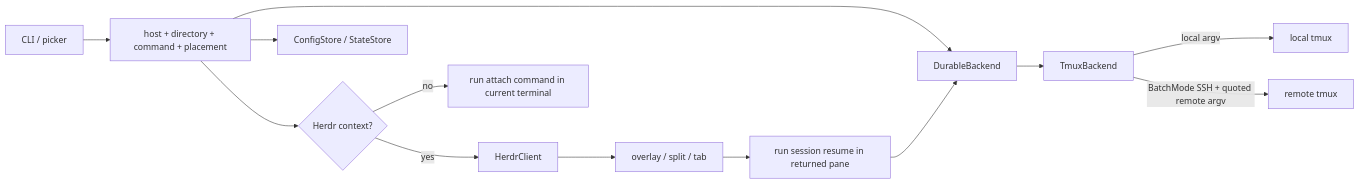
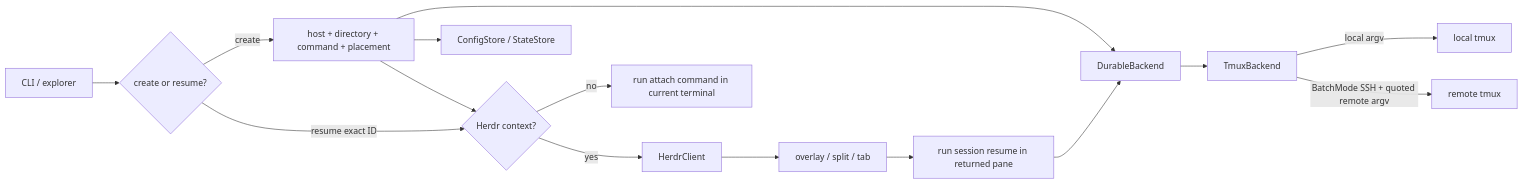
The first of 2 diagrams in docs/architecture.md (moneycaringcoder/herdr-tether), drawn with Mermaid before and after one commit. The commit also changed other lines of this file and 5 other files, not shown here.

First line of the commit message:
Explorer: resume active Tether workloads (#2)

````diff
--- a/docs/architecture.md
+++ b/docs/architecture.md
@@ -21,15 +21,17 @@
 ```mermaid
 flowchart LR
-    CLI[CLI / picker] --> Select[host + directory + command + placement]
+    CLI[CLI / explorer] --> Intent{create or resume?}
+    Intent -->|create| Select[host + directory + command + placement]
     Select --> Durable[DurableBackend]
     Durable --> Tmux[TmuxBackend]
     Tmux -->|local argv| Local[local tmux]
     Tmux -->|BatchMode SSH + quoted remote argv| Remote[remote tmux]
     Select --> Store[ConfigStore / StateStore]
+    Intent -->|resume exact ID| Context
     Select --> Context{Herdr context?}
     Context -->|no| Attach[run attach command in current terminal]
     Context -->|yes| Herdr[HerdrClient]
     Herdr --> Pane[overlay / split / tab]
     Pane --> Resume[run session resume in returned pane]
     Resume --> Durable
 ```
````
